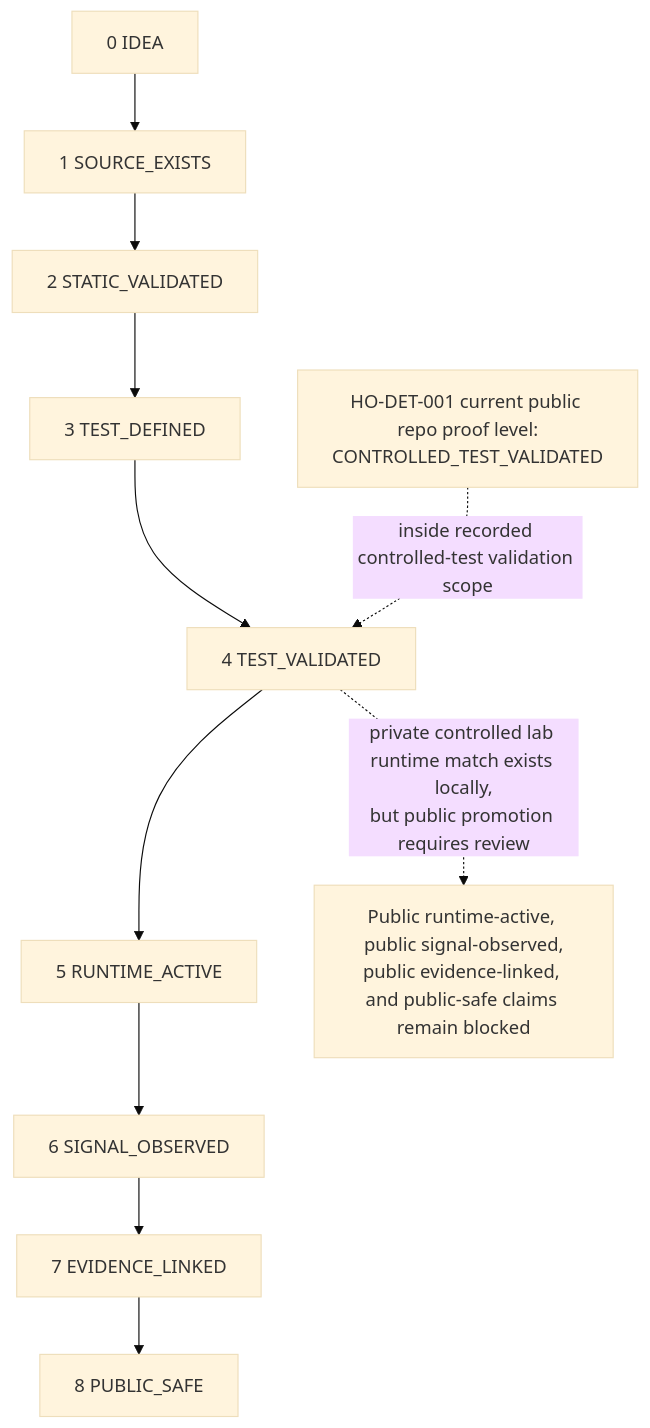
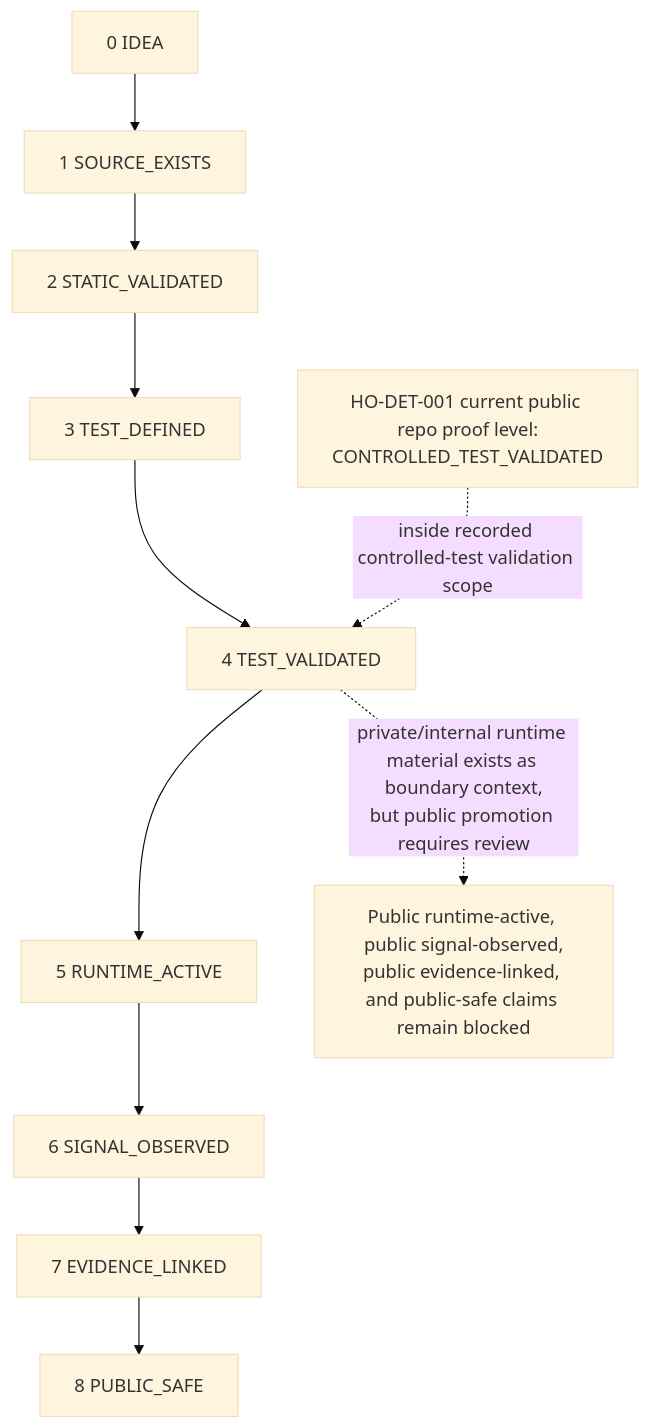
Before and after one commit to HawkinsOperations/.github: the third of 6 diagrams in wiki/11_ORG_SYSTEM_MAP.md, drawn with Mermaid (base theme). The commit also changed other lines of this file and 3 other files, not shown here.

First line of the commit message:
fix: tighten public proof-boundary routing (#28)

````diff
--- a/wiki/11_ORG_SYSTEM_MAP.md
+++ b/wiki/11_ORG_SYSTEM_MAP.md
@@ -88,18 +88,18 @@
 ```mermaid
 flowchart TD
     l0["0 IDEA"]
     l1["1 SOURCE_EXISTS"]
     l2["2 STATIC_VALIDATED"]
     l3["3 TEST_DEFINED"]
     l4["4 TEST_VALIDATED"]
     l5["5 RUNTIME_ACTIVE"]
     l6["6 SIGNAL_OBSERVED"]
     l7["7 EVIDENCE_LINKED"]
     l8["8 PUBLIC_SAFE"]
 
     l0 --> l1 --> l2 --> l3 --> l4 --> l5 --> l6 --> l7 --> l8
     current["HO-DET-001 current public repo proof level:<br/>CONTROLLED_TEST_VALIDATED"]
     current -. "inside recorded controlled-test validation scope" .-> l4
     blocked["Public runtime-active, public signal-observed,<br/>public evidence-linked, and public-safe claims remain blocked"]
-    l4 -. "private controlled lab runtime match exists locally,<br/>but public promotion requires review" .-> blocked
+    l4 -. "private/internal runtime material exists as boundary context,<br/>but public promotion requires review" .-> blocked
 ```
````
